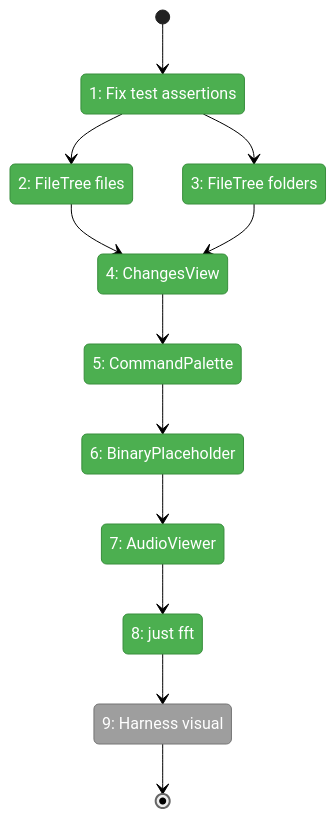
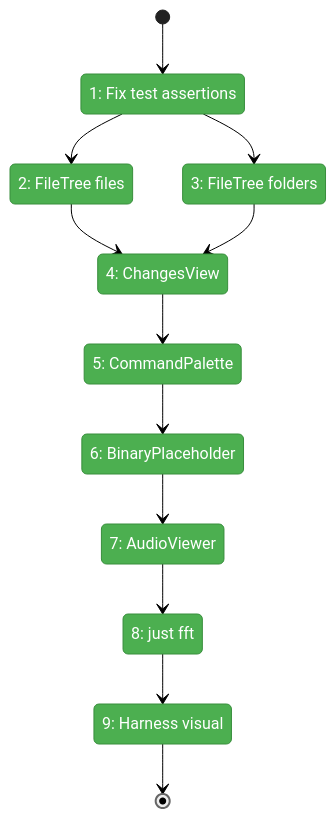
Before and after one commit to AI-Substrate/chainglass: the first of 2 diagrams in docs/plans/073-file-icons/tasks/phase-4-tree-surface-integration/tasks.fltplan.md, drawn with Mermaid (neutral theme). The commit also changed other lines of this file and 2 other files, not shown here.

````diff
--- a/docs/plans/073-file-icons/tasks/phase-4-tree-surface-integration/tasks.fltplan.md
+++ b/docs/plans/073-file-icons/tasks/phase-4-tree-surface-integration/tasks.fltplan.md
@@ -37,32 +37,31 @@
 ```mermaid
 stateDiagram-v2
     classDef pending fill:#9E9E9E,stroke:#757575,color:#fff
     classDef active fill:#FFC107,stroke:#FFA000,color:#000
     classDef done fill:#4CAF50,stroke:#388E3C,color:#fff
     classDef blocked fill:#F44336,stroke:#D32F2F,color:#fff
 
     state "1: Fix test assertions" as S1
     state "2: FileTree files" as S2
     state "3: FileTree folders" as S3
     state "4: ChangesView" as S4
     state "5: CommandPalette" as S5
     state "6: BinaryPlaceholder" as S6
     state "7: AudioViewer" as S7
     state "8: just fft" as S8
     state "9: Harness visual" as S9
 
     [*] --> S1
     S1 --> S2
     S1 --> S3
     S2 --> S4
     S3 --> S4
     S4 --> S5
     S5 --> S6
     S6 --> S7
     S7 --> S8
     S8 --> S9
     S9 --> [*]
 
-    class S1,S2,S3,S4,S5,S6,S7,S8 done
-    class S9 pending
+    class S1,S2,S3,S4,S5,S6,S7,S8,S9 done
 ```
````
